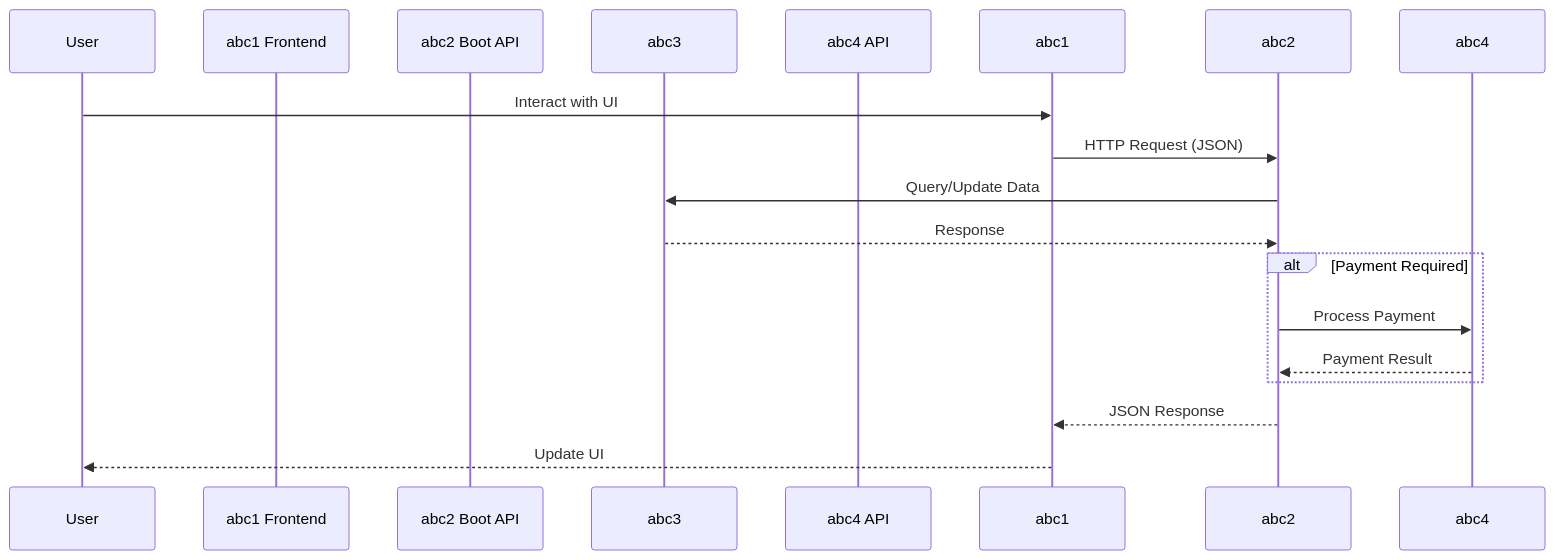
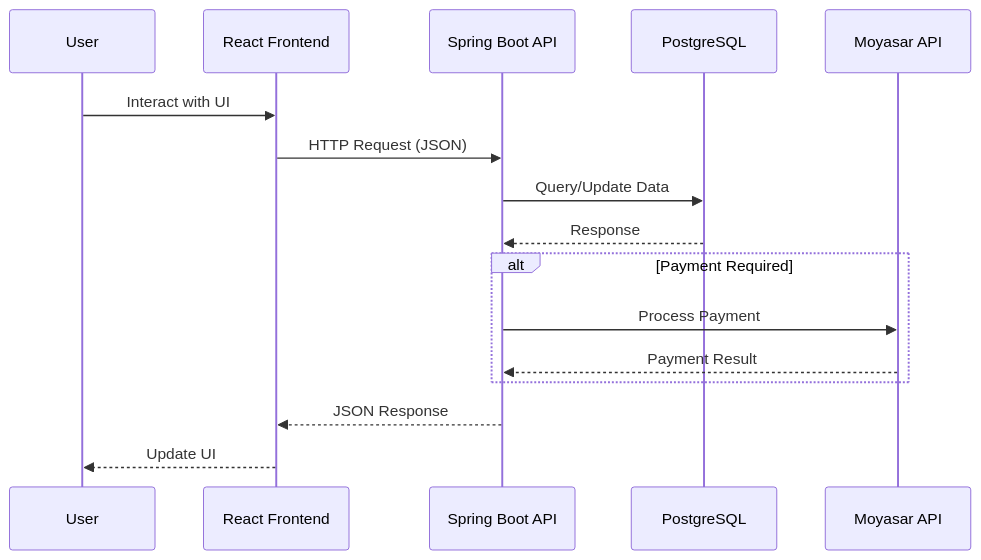
Before and after one commit to aziz5g-tech/holbertonschool-portfolio-project: the second of 2 diagrams in Stage 3/high-level architecture diagram .md, drawn with Mermaid.

Commit message:
Update architecture diagram with correct participant names

````diff
--- a/Stage 3/high-level architecture diagram .md
+++ b/Stage 3/high-level architecture diagram .md
@@ -29,21 +29,21 @@
 ```mermaid
 sequenceDiagram
     participant User
-    participant abc1 Frontend
-    participant abc2 Boot API
-    participant abc3
-    participant abc4 API
+    participant React as React Frontend
+    participant Spring as Spring Boot API
+    participant DB as PostgreSQL
+    participant Moyasar as Moyasar API
 
-    User->>abc1: Interact with UI
-    abc1->>abc2: HTTP Request (JSON)
-    abc2->>abc3: Query/Update Data
-    abc3-->>abc2: Response
+    User->>React: Interact with UI
+    React->>Spring: HTTP Request (JSON)
+    Spring->>DB: Query/Update Data
+    DB-->>Spring: Response
     
     alt Payment Required
-        abc2->>abc4: Process Payment
-        abc4-->>abc2: Payment Result
+        Spring->>Moyasar: Process Payment
+        Moyasar-->>Spring: Payment Result
     end
     
-    abc2-->>abc1: JSON Response
-    abc1-->>User: Update UI
+    Spring-->>React: JSON Response
+    React-->>User: Update UI
 ```
````
